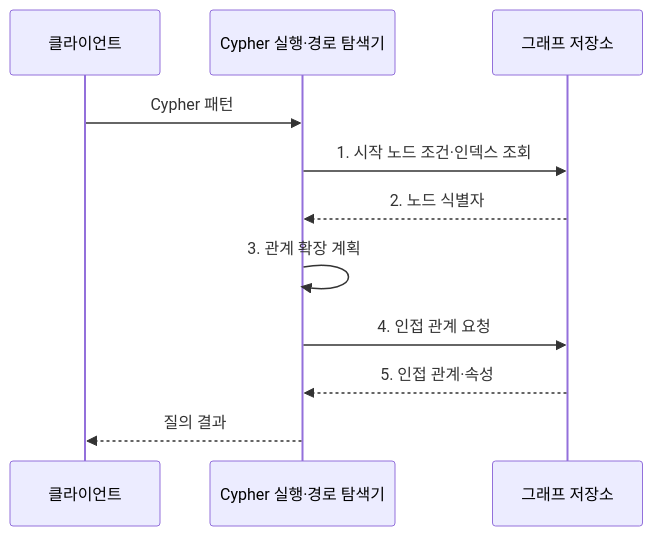
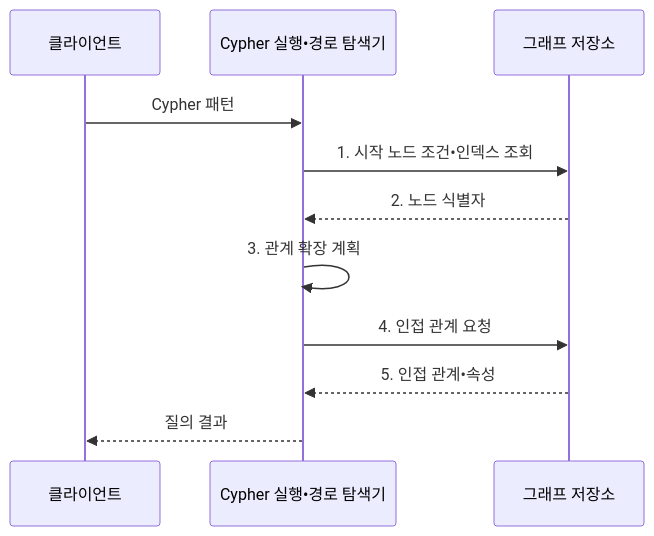
The second of 2 diagrams in src/content/docs/notes/03-software/109_neo4j_graph_database.md (agnusdei1207/knowledge-base), drawn with Mermaid before and after one commit. The commit also changed other lines of this file and 953 other files, not shown here.

````diff
--- a/src/content/docs/notes/03-software/109_neo4j_graph_database.md
+++ b/src/content/docs/notes/03-software/109_neo4j_graph_database.md
@@ -112,13 +112,13 @@
 ```mermaid
 sequenceDiagram
     participant C as 클라이언트
-    participant P as Cypher 실행·경로 탐색기
+    participant P as Cypher 실행•경로 탐색기
     participant G as 그래프 저장소
     C->>P: Cypher 패턴
-    P->>G: 1. 시작 노드 조건·인덱스 조회
+    P->>G: 1. 시작 노드 조건•인덱스 조회
     G-->>P: 2. 노드 식별자
     P->>P: 3. 관계 확장 계획
     P->>G: 4. 인접 관계 요청
-    G-->>P: 5. 인접 관계·속성
+    G-->>P: 5. 인접 관계•속성
     P-->>C: 질의 결과
 ```
````
